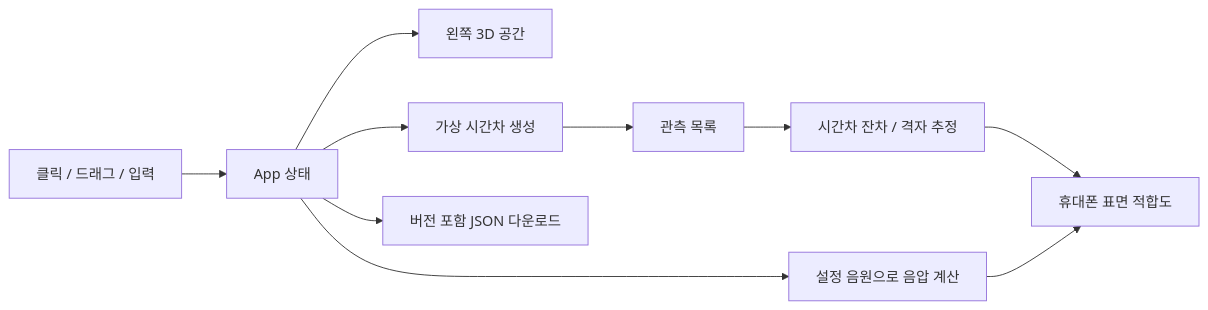
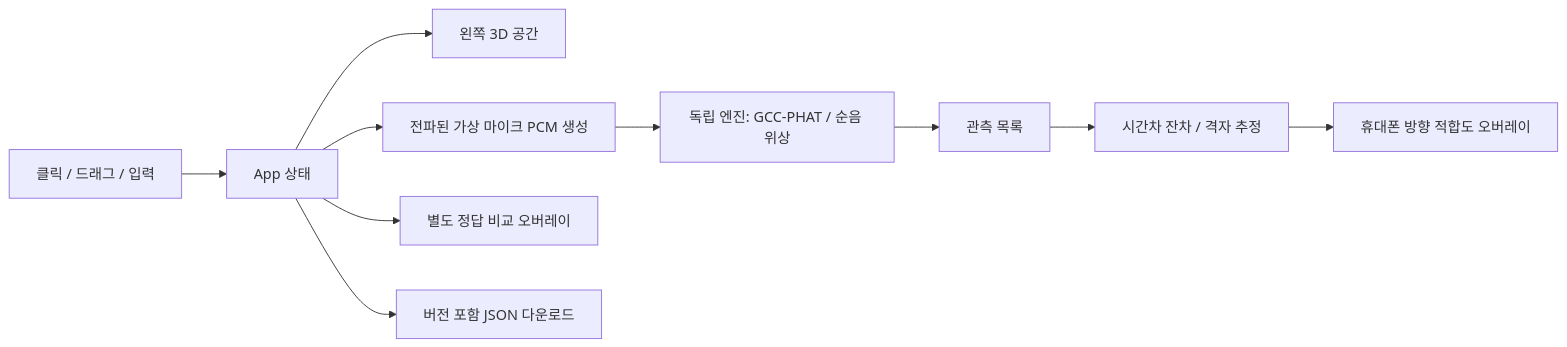
The diagram in docs_canonical/ARCHITECTURE.md (doroper98/sound_detection), drawn with Mermaid before and after one commit. The commit also changed other lines of this file and 38 other files, not shown here.

````diff
--- a/docs_canonical/ARCHITECTURE.md
+++ b/docs_canonical/ARCHITECTURE.md
@@ -16,12 +16,12 @@
 ```mermaid
 flowchart LR
     Input[클릭 / 드래그 / 입력] --> State[App 상태]
     State --> Room[왼쪽 3D 공간]
-    State --> Synthesis[가상 시간차 생성]
-    Synthesis --> Observations[관측 목록]
+    State --> Synthesis[전파된 가상 마이크 PCM 생성]
+    Synthesis --> DSP[독립 엔진: GCC-PHAT / 순음 위상]
+    DSP --> Observations[관측 목록]
     Observations --> Estimator[시간차 잔차 / 격자 추정]
-    Estimator --> Heat[휴대폰 표면 적합도]
-    State --> Pressure[설정 음원으로 음압 계산]
-    Pressure --> Heat
+    Estimator --> Heat[휴대폰 방향 적합도 오버레이]
+    State --> Pressure[별도 정답 비교 오버레이]
     State --> Export[버전 포함 JSON 다운로드]
 ```
````
